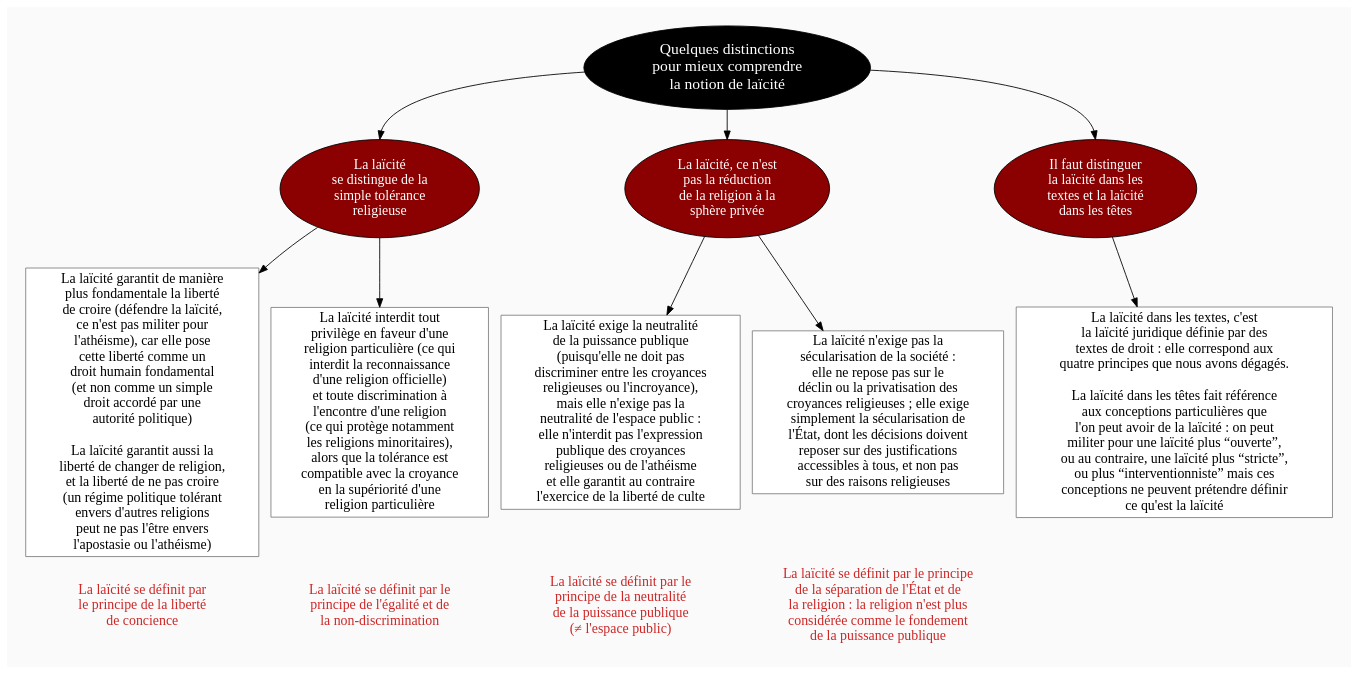
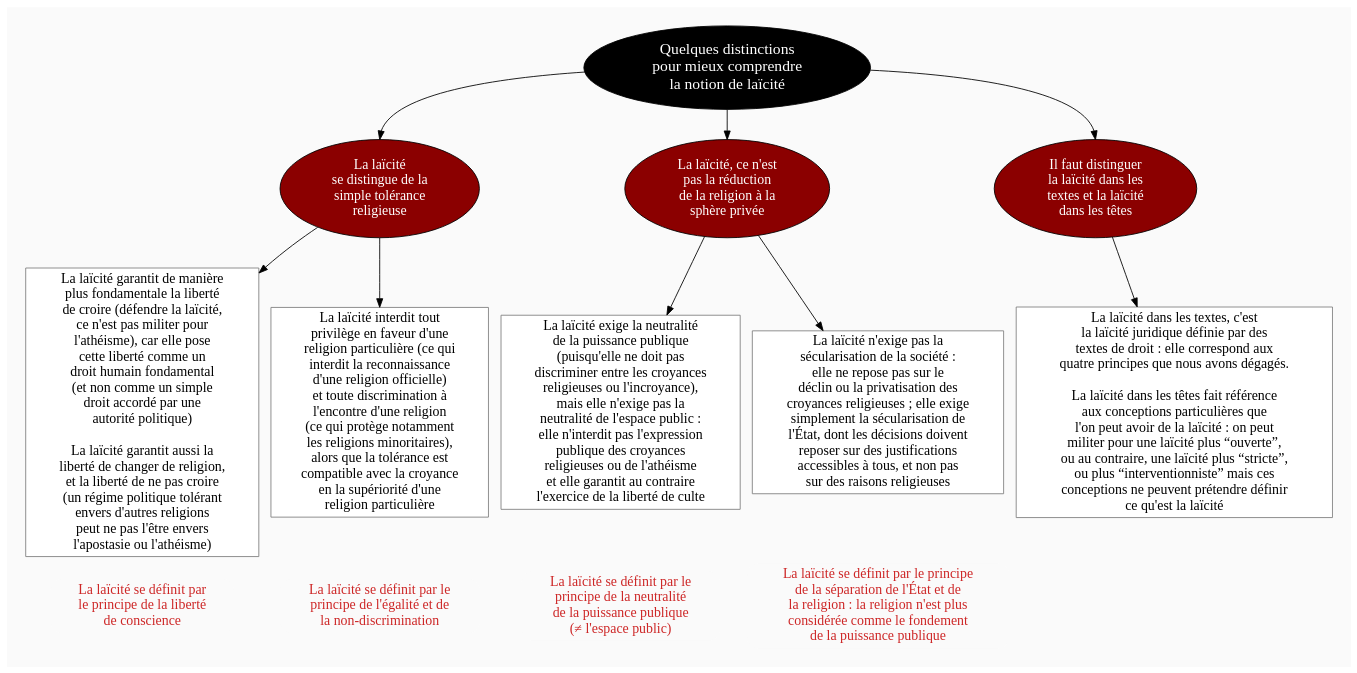
Before and after one commit to eyssette/graphviz-examples: the diagram in diagram/laicite.dot, drawn with Graphviz.

```diff
--- a/diagram/laicite.dot
+++ b/diagram/laicite.dot
@@ -1,162 +1,162 @@
 digraph G {
 // Template : diagram
 // Usage : 
 //rankdir=LR
 splines=true
 //splines=curved
 bgcolor=grey98
 pad=0.3
 style=filled
 edge[minlen=4]
 node[style=filled, fontcolor=white]
 ranksep=0.1
 nodesep=0.2
 
 // NIVEAU 1
 node[fillcolor=12, fontsize=18]
 a1[label="Quelques distinctions
 pour mieux comprendre
 la notion de laïcité"]
 
 // NIVEAU 2
 node[fillcolor=red4, fontsize=16]
 a1->{
 b1[label="La laïcité
 se distingue de la
 simple tolérance
 religieuse"]
 b2[label="La laïcité, ce n'est
 pas la réduction
 de la religion à la
 sphère privée"]
 b3[label="Il faut distinguer
 la laïcité dans les
 textes et la laïcité
 dans les têtes"]
 }[headport=n]
 
 node[fontcolor=black]
 // NIVEAU 3 (sans intermédiaire)
 node [shape=box, fillcolor=white, color=grey50]
 // c1[label=""]
 b1->{c1,c2}
 c1[label="La laïcité garantit de manière
 plus fondamentale la liberté
 de croire (défendre la laïcité,
 ce n'est pas militer pour
 l'athéisme), car elle pose
 cette liberté comme un
 droit humain fondamental
 (et non comme un simple
 droit accordé par une
 autorité politique)
 
 La laïcité garantit aussi la
 liberté de changer de religion,
 et la liberté de ne pas croire
 (un régime politique tolérant
 envers d'autres religions
 peut ne pas l'être envers
 l'apostasie ou l'athéisme)"]
 c2[label="La laïcité interdit tout
 privilège en faveur d'une
 religion particulière (ce qui
 interdit la reconnaissance
 d'une religion officielle)
 et toute discrimination à
 l'encontre d'une religion
 (ce qui protège notamment
 les religions minoritaires),
 alors que la tolérance est
 compatible avec la croyance
 en la supériorité d'une
 religion particulière"]
 b2->{c3,c4}
 c3[label="La laïcité exige la neutralité
 de la puissance publique
 (puisqu'elle ne doit pas
 discriminer entre les croyances
 religieuses ou l'incroyance),
 mais elle n'exige pas la
 neutralité de l'espace public :
 elle n'interdit pas l'expression
 publique des croyances
 religieuses ou de l'athéisme
 et elle garantit au contraire
 l'exercice de la liberté de culte"]
 c4[label="La laïcité n'exige pas la
 sécularisation de la société :
 elle ne repose pas sur le
 déclin ou la privatisation des
 croyances religieuses ; elle exige
 simplement la sécularisation de
 l'État, dont les décisions doivent
 reposer sur des justifications
 accessibles à tous, et non pas
 sur des raisons religieuses"]
 
 b3->{c5}
 c5[label="La laïcité dans les textes, c'est
 la laïcité juridique définie par des
 textes de droit : elle correspond aux
 quatre principes que nous avons dégagés.
 
 La laïcité dans les têtes fait référence
 aux conceptions particulières que
 l'on peut avoir de la laïcité : on peut
 militer pour une laïcité plus “ouverte”,
 ou au contraire, une laïcité plus “stricte”,
 ou plus “interventionniste” mais ces
 conceptions ne peuvent prétendre définir
 ce qu'est la laïcité"]
 
 // INTERMÉDIAIRE AVANT NIVEAU 3
 node[fillcolor=grey78, shape=oval]
 // [arrowhead=none]
 // bc1[label=""]
 
 // NIVEAU 3 (avec intermédiaire)
 node[fillcolor=white, shape=box, color=grey50]
 // c1[label=""]
 
 // NIVEAU 4
 node[style="filled,rounded", fillcolor=white, shape=box, color=grey50]
 // d1[label=""]
 
 // ÉTIQUETTES EN ROUGE
 node[shape=plaintext, fontcolor=firebrick3, fillcolor=grey98]
 // e1[label=< <B>= Titre</B><BR /><BR />Contenu<BR /> >]
 // e1[label=""]
 // ->e1[minlen=1, style=invis]
 
 c1->e1[minlen=1, style=invis]
 e1[label="La laïcité se définit par
 le principe de la liberté
-de concience"]
+de conscience"]
 
 c2->e2[minlen=1, style=invis]
 e2[label="La laïcité se définit par le
 principe de l'égalité et de
 la non-discrimination"]
 
 c3->e3[minlen=1, style=invis]
 e3[label="La laïcité se définit par le
 principe de la neutralité
 de la puissance publique
 (≠ l'espace public)"]
 
 c4->e4[minlen=1, style=invis]
 e4[label="La laïcité se définit par le principe
 de la séparation de l'État et de
 la religion : la religion n'est plus
 considérée comme le fondement
 de la puissance publique"]
 
 // REMARQUES EN BLEU
 node[color=blue, shape=box, margin=0.07, fontcolor=black, fontsize=12, style="dashed", penwidth=0.6]
 edge[color=blue, arrowhead="none", xlabel="", style="dashed", penwidth=0.6]
 // r1[label=""]
 // {rank=same;->r1}
 // {rank=same;r1->[dir=back]}
 
 }
```
